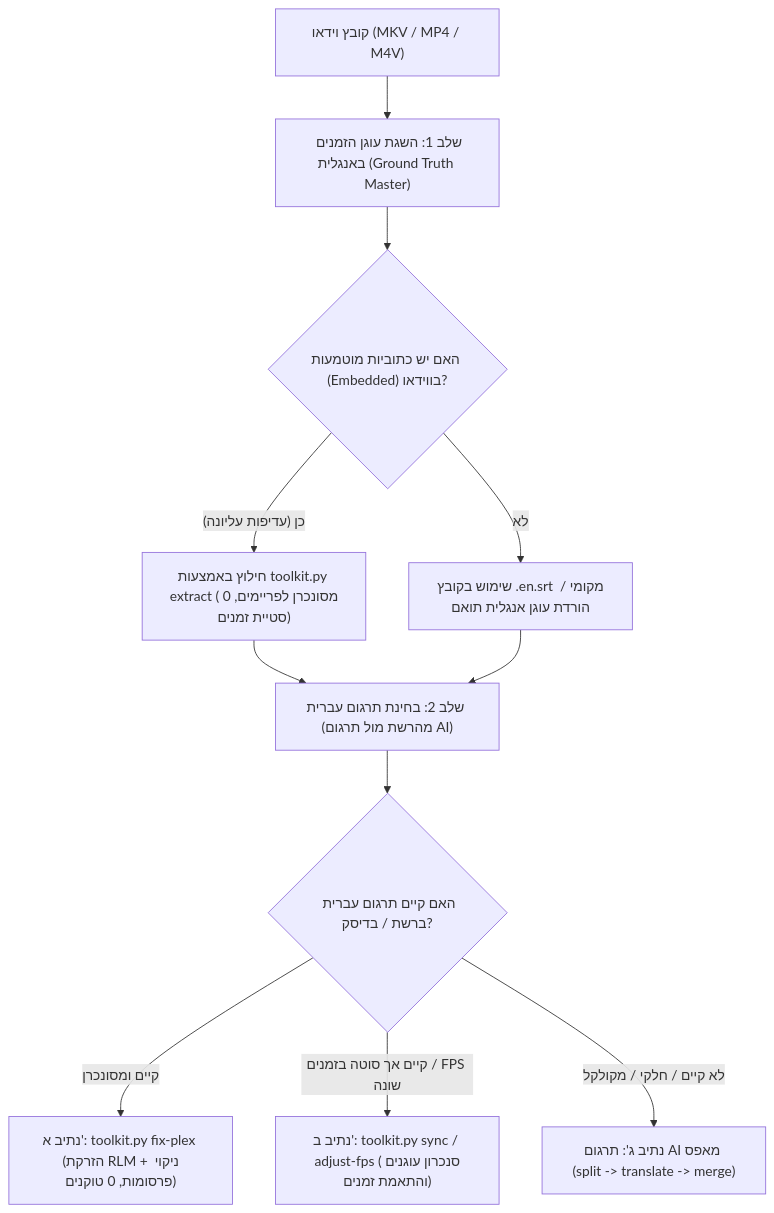
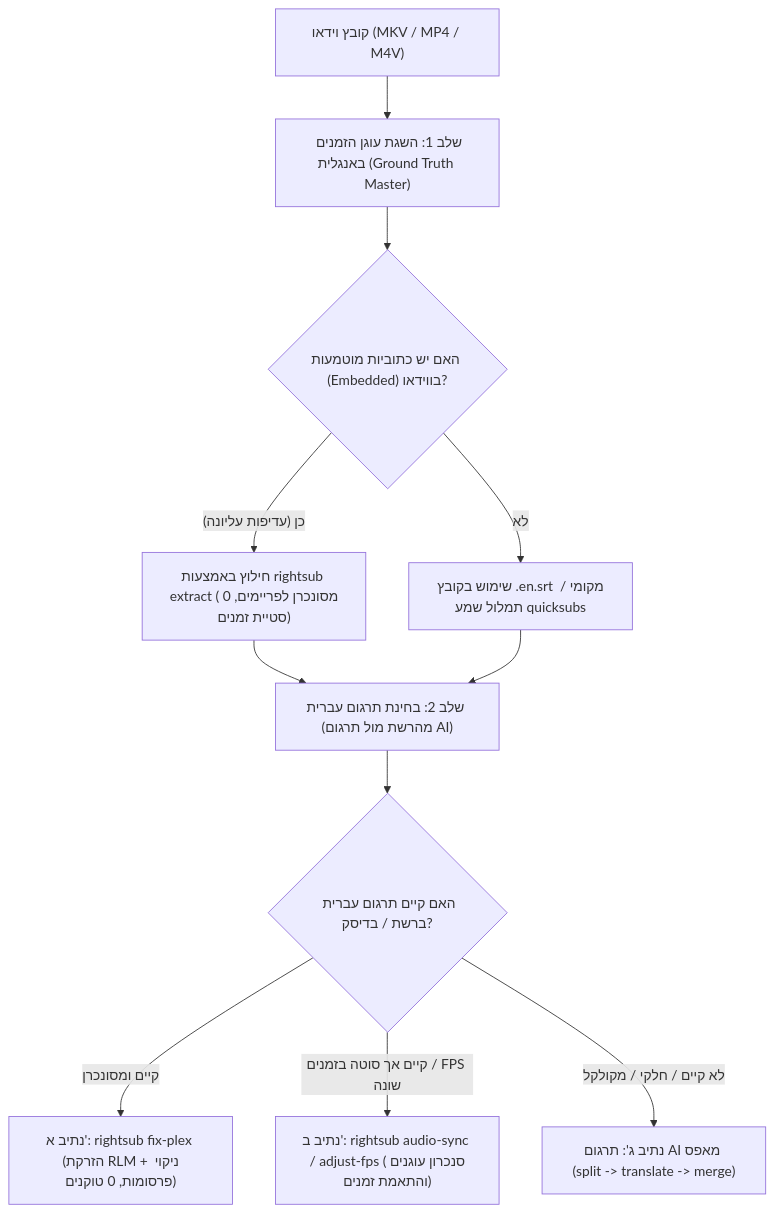
Before and after one commit to omerninyo/RightSub: the first of 2 diagrams in EDGE_CASES_AND_RED_TEAM.md, drawn with Mermaid. The commit also changed other lines of this file and 120 other files, not shown here.

````diff
--- a/EDGE_CASES_AND_RED_TEAM.md
+++ b/EDGE_CASES_AND_RED_TEAM.md
@@ -21,15 +23,15 @@
 ```mermaid
 graph TD
     A["קובץ וידאו (MKV / MP4 / M4V)"] --> B["שלב 1: השגת עוגן הזמנים באנגלית (Ground Truth Master)"]
     B --> B1{"האם יש כתוביות מוטמעות (Embedded) בווידאו?"}
-    B1 -- "כן (עדיפות עליונה)" --> B2["חילוץ באמצעות toolkit.py extract (מסונכרן לפריימים, 0 סטיית זמנים)"]
-    B1 -- "לא" --> B3["שימוש בקובץ .en.srt מקומי / הורדת עוגן אנגלית תואם"]
+    B1 -- "כן (עדיפות עליונה)" --> B2["חילוץ באמצעות rightsub extract (מסונכרן לפריימים, 0 סטיית זמנים)"]
+    B1 -- "לא" --> B3["שימוש בקובץ .en.srt מקומי / תמלול שמע quicksubs"]
     
     B2 --> C["שלב 2: בחינת תרגום עברית (מהרשת מול תרגום AI)"]
     B3 --> C
     
     C --> C1{"האם קיים תרגום עברית ברשת / בדיסק?"}
-    C1 -- "קיים ומסונכרן" --> D["נתיב א': toolkit.py fix-plex (הזרקת RLM + ניקוי פרסומות, 0 טוקנים)"]
-    C1 -- "קיים אך סוטה בזמנים / FPS שונה" --> E["נתיב ב': toolkit.py sync / adjust-fps (סנכרון עוגנים והתאמת זמנים)"]
+    C1 -- "קיים ומסונכרן" --> D["נתיב א': rightsub fix-plex (הזרקת RLM + ניקוי פרסומות, 0 טוקנים)"]
+    C1 -- "קיים אך סוטה בזמנים / FPS שונה" --> E["נתיב ב': rightsub audio-sync / adjust-fps (סנכרון עוגנים והתאמת זמנים)"]
     C1 -- "לא קיים / חלקי / מקולקל" --> F["נתיב ג': תרגום AI מאפס (split -> translate -> merge)"]
 ```
````
